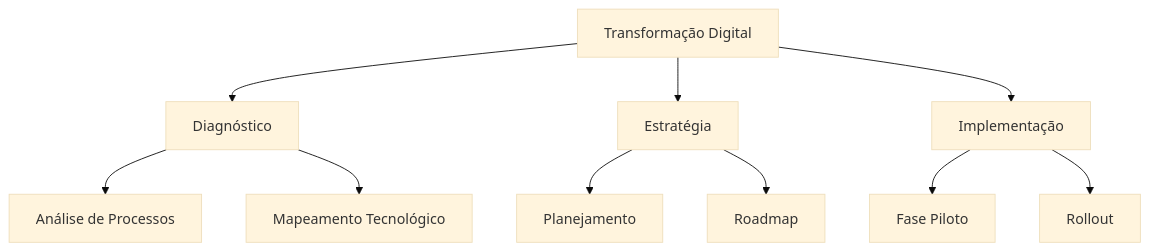
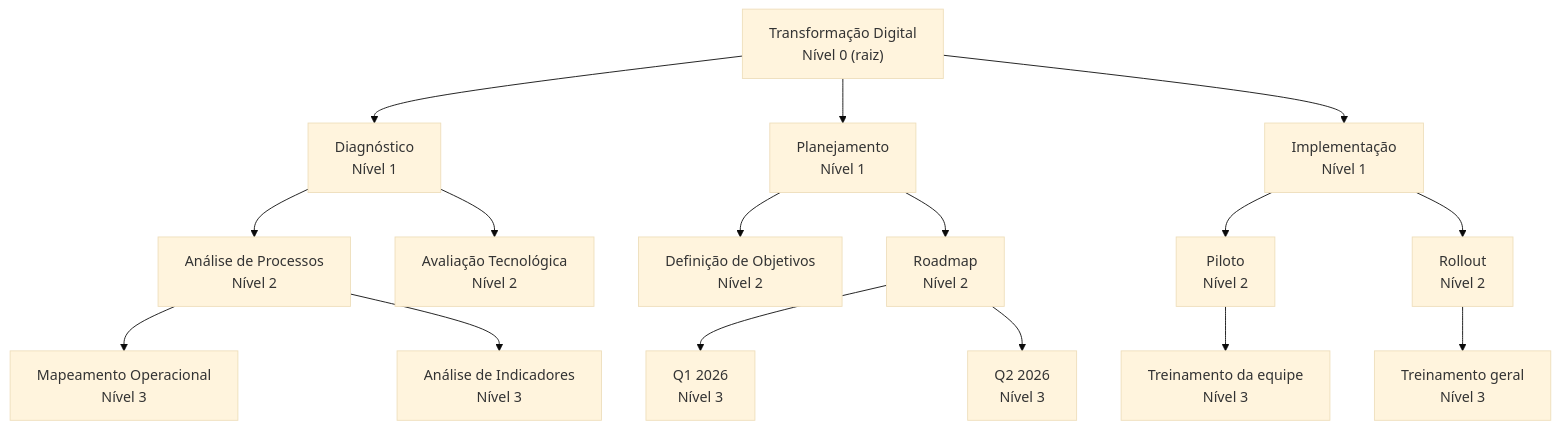
The fifth of 6 diagrams in guides/projects/project-hierarchy.mdx (olie-ai/docs), drawn with Mermaid (base theme) before and after one commit. The commit also changed other lines of this file and 98 other files, not shown here.

````diff
--- a/guides/projects/project-hierarchy.mdx
+++ b/guides/projects/project-hierarchy.mdx
@@ -254,12 +149,23 @@
   ```mermaid
   flowchart TD
-      A[Transformação Digital] --> B[Diagnóstico]
-      A --> C[Estratégia]
-      A --> D[Implementação]
-      B --> B1[Análise de Processos]
-      B --> B2[Mapeamento Tecnológico]
-      C --> C1[Planejamento]
-      C --> C2[Roadmap]
-      D --> D1[Fase Piloto]
-      D --> D2[Rollout]
+      A["Transformação Digital<br/>Nível 0 (raiz)"]
+
+      A --> B["Diagnóstico<br/>Nível 1"]
+      A --> C["Planejamento<br/>Nível 1"]
+      A --> D["Implementação<br/>Nível 1"]
+
+      B --> B1["Análise de Processos<br/>Nível 2"]
+      B --> B2["Avaliação Tecnológica<br/>Nível 2"]
+      B1 --> B1a["Mapeamento Operacional<br/>Nível 3"]
+      B1 --> B1b["Análise de Indicadores<br/>Nível 3"]
+
+      C --> C1["Definição de Objetivos<br/>Nível 2"]
+      C --> C2["Roadmap<br/>Nível 2"]
+      C2 --> C2a["Q1 2026<br/>Nível 3"]
+      C2 --> C2b["Q2 2026<br/>Nível 3"]
+
+      D --> D1["Piloto<br/>Nível 2"]
+      D --> D2["Rollout<br/>Nível 2"]
+      D1 --> D1a["Treinamento da equipe<br/>Nível 3"]
+      D2 --> D2a["Treinamento geral<br/>Nível 3"]
   ```
````
